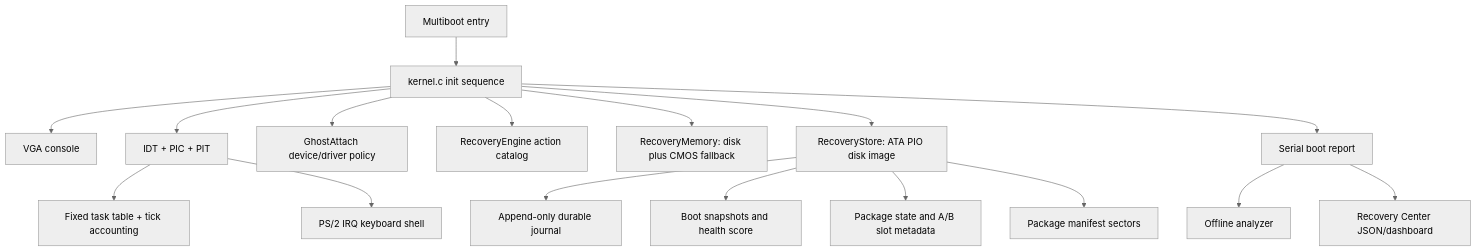
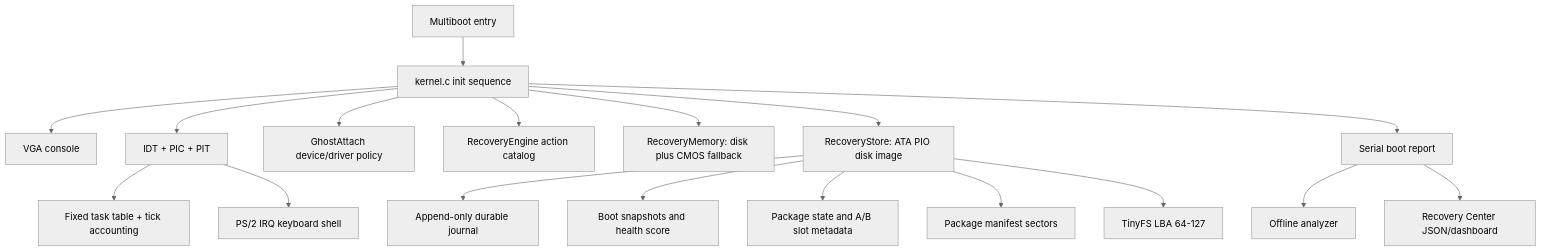
The diagram in docs/ARCHITECTURE.md (kaamikazi/kamikazeos), drawn with Mermaid (neutral theme) before and after one commit. The commit also changed other lines of this file and 28 other files, not shown here.

````diff
--- a/docs/ARCHITECTURE.md
+++ b/docs/ARCHITECTURE.md
@@ -11,19 +11,20 @@
 ```mermaid
 flowchart TD
   Boot["Multiboot entry"] --> Kernel["kernel.c init sequence"]
   Kernel --> Console["VGA console"]
   Kernel --> Interrupts["IDT + PIC + PIT"]
   Interrupts --> Tasks["Fixed task table + tick accounting"]
   Interrupts --> Shell["PS/2 IRQ keyboard shell"]
   Kernel --> Ghost["GhostAttach device/driver policy"]
   Kernel --> Recovery["RecoveryEngine action catalog"]
   Kernel --> Memory["RecoveryMemory: disk plus CMOS fallback"]
   Kernel --> Store["RecoveryStore: ATA PIO disk image"]
   Store --> Journal["Append-only durable journal"]
   Store --> Health["Boot snapshots and health score"]
   Store --> PkgState["Package state and A/B slot metadata"]
   Store --> Manifests["Package manifest sectors"]
+  Store --> TinyFS["TinyFS LBA 64-127"]
   Kernel --> Report["Serial boot report"]
   Report --> Analyzer["Offline analyzer"]
   Report --> Dashboard["Recovery Center JSON/dashboard"]
 ```
````
